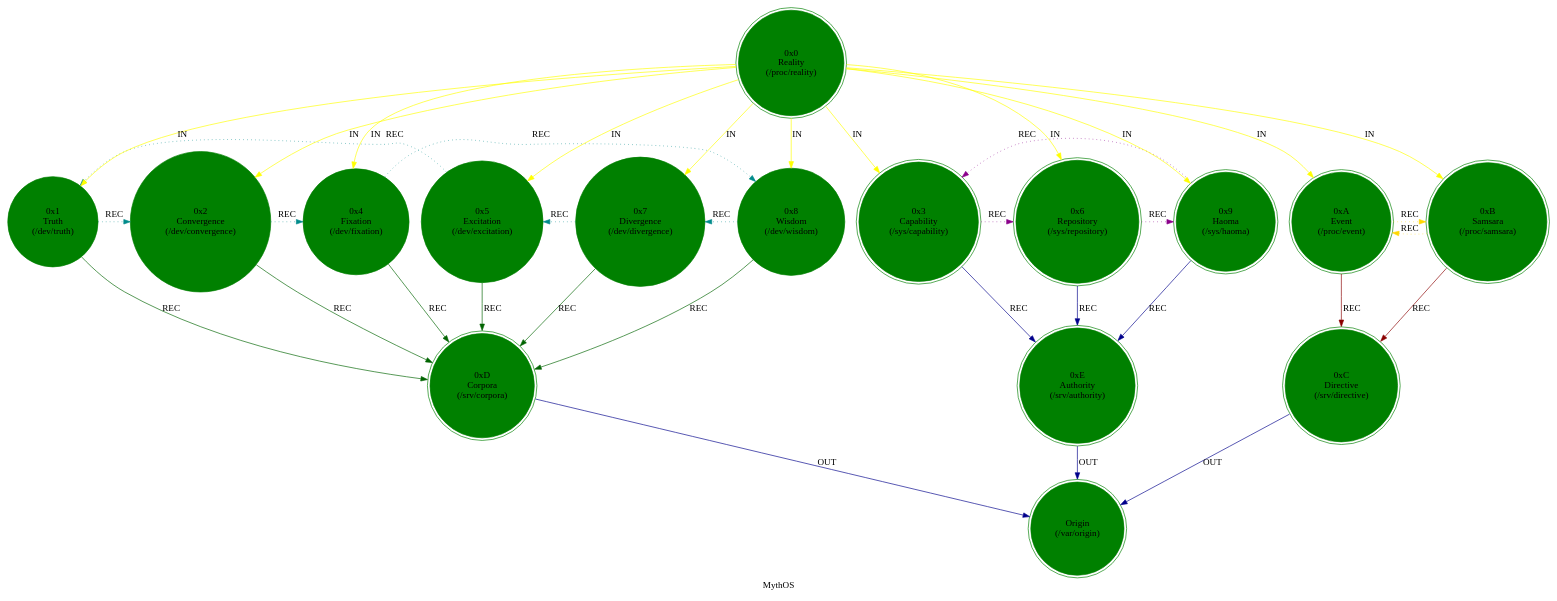
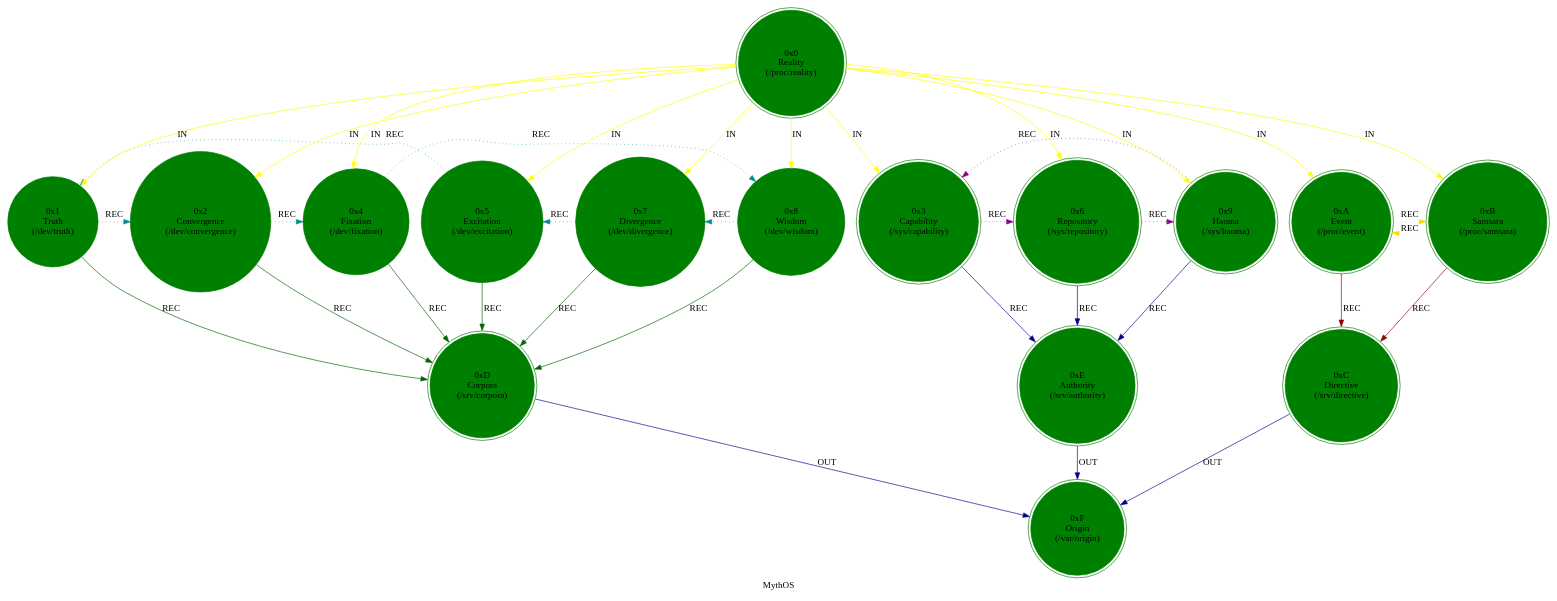
Before and after one commit to cilang/mythos: the diagram in src/core/mythos.dot, drawn with Graphviz. The commit also changed 14 other files, not shown here.

```diff
--- a/src/core/mythos.dot
+++ b/src/core/mythos.dot
@@ -1,39 +1,39 @@
 strict digraph G {
     label = "MythOS";
     style = filled;
     color = grey90;
     node [shape = circle; style = filled; color = green;];
     edge [color = darkgray;];
     
     spark_1_mythos_t [label = "0x1\nTruth\n(/dev/truth)";];
     spark_2_mythos_t [label = "0x2\nConvergence\n(/dev/convergence)";];
     spark_4_mythos_t [label = "0x4\nFixation\n(/dev/fixation)";];
     spark_5_mythos_t [label = "0x5\nExcitation\n(/dev/excitation)";];
     spark_7_mythos_t [label = "0x7\nDivergence\n(/dev/divergence)";];
     spark_8_mythos_t [label = "0x8\nWisdom\n(/dev/wisdom)";];
     spark_3_mythos_t [label = "0x3\nCapability\n(/sys/capability)";shape = doublecircle;];
     spark_6_mythos_t [label = "0x6\nRepository\n(/sys/repository)";shape = doublecircle;];
     spark_9_mythos_t [label = "0x9\nHaoma\n(/sys/haoma)";shape = doublecircle;];
     spark_a_mythos_t [label = "0xA\nEvent\n(/proc/event)";shape = doublecircle;];
     spark_0_mythos_t [label = "0x0\nReality\n(/proc/reality)";shape = doublecircle;];
     spark_b_mythos_t [label = "0xB\nSamsara\n(/proc/samsara)";shape = doublecircle;];
     spark_c_mythos_t [label = "0xC\nDirective\n(/srv/directive)";shape = doublecircle;];
     spark_d_mythos_t [label = "0xD\nCorpora\n(/srv/corpora)";shape = doublecircle;];
     spark_e_mythos_t [label = "0xE\nAuthority\n(/srv/authority)";shape = doublecircle;];
-    spark_f_mythos_t [label = "Origin\n(/var/origin)";shape = doublecircle;];
+    spark_f_mythos_t [label = "0xF\nOrigin\n(/var/origin)";shape = doublecircle;];
     
     // IN = Input
     // OUT = Output
     // REC = Recursion
     spark_0_mythos_t -> {spark_a_mythos_t spark_b_mythos_t spark_1_mythos_t spark_2_mythos_t spark_3_mythos_t spark_4_mythos_t spark_5_mythos_t spark_6_mythos_t spark_7_mythos_t spark_8_mythos_t spark_9_mythos_t} [label = "IN"; color = yellow; comment = "";];
     
     {spark_a_mythos_t spark_b_mythos_t} -> spark_c_mythos_t [label = "REC"; color = darkred; comment = "";];
     {spark_1_mythos_t spark_2_mythos_t spark_4_mythos_t spark_8_mythos_t spark_7_mythos_t spark_5_mythos_t} -> spark_d_mythos_t [label = "REC"; color = darkgreen; comment = "";];
     {spark_3_mythos_t spark_6_mythos_t spark_9_mythos_t} -> spark_e_mythos_t [label = "REC"; color = darkblue; comment = "";];
     
     spark_1_mythos_t -> spark_2_mythos_t -> spark_4_mythos_t -> spark_8_mythos_t -> spark_7_mythos_t -> spark_5_mythos_t -> spark_1_mythos_t [label = "REC"; color = darkcyan; comment = ""; style = dotted; constraint = false;];
     spark_3_mythos_t -> spark_6_mythos_t -> spark_9_mythos_t -> spark_3_mythos_t [label = "REC"; color = darkmagenta; comment = ""; style = dotted; constraint = false;];
     spark_a_mythos_t -> spark_b_mythos_t -> spark_a_mythos_t [label = "REC"; color = gold; comment = ""; style = dotted; constraint = false;];
     
     {spark_c_mythos_t spark_d_mythos_t spark_e_mythos_t} -> spark_f_mythos_t [label = "OUT"; color = darkblue; comment = "";];
 }
```
